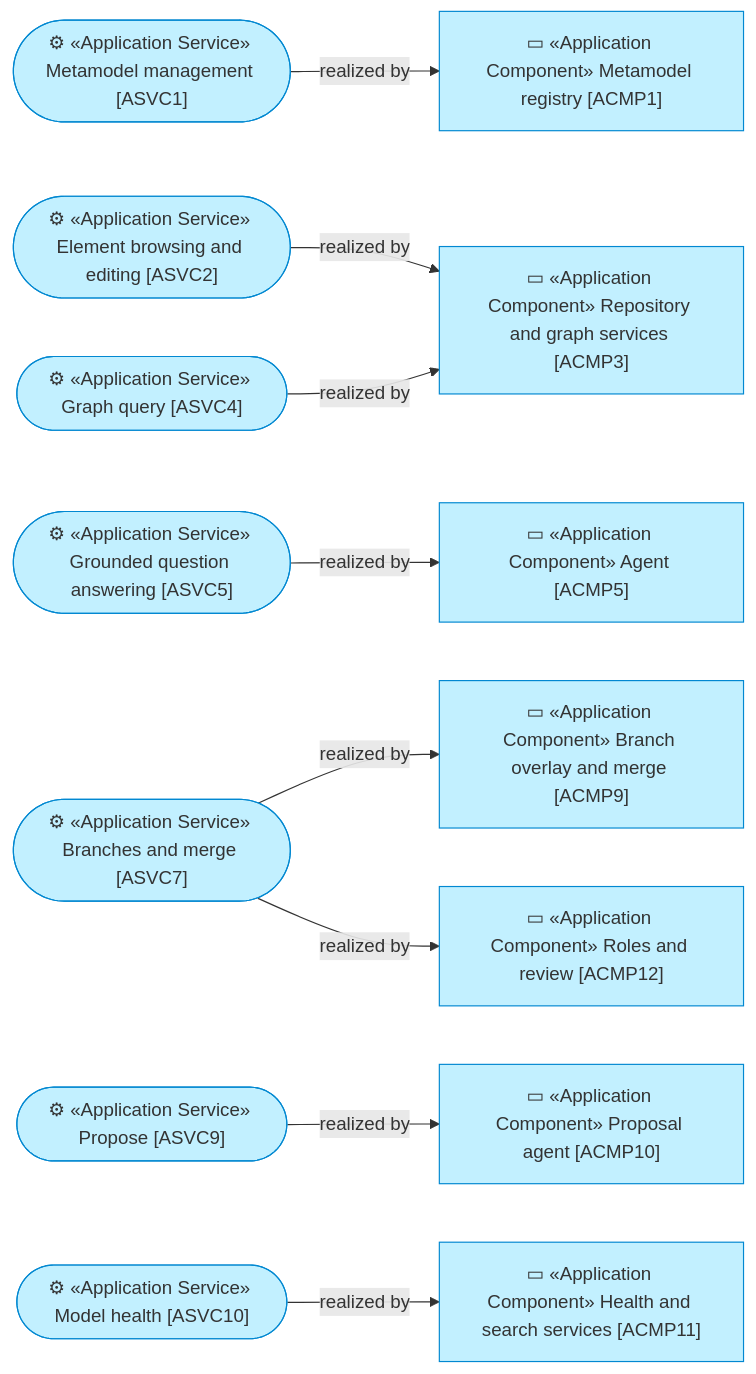
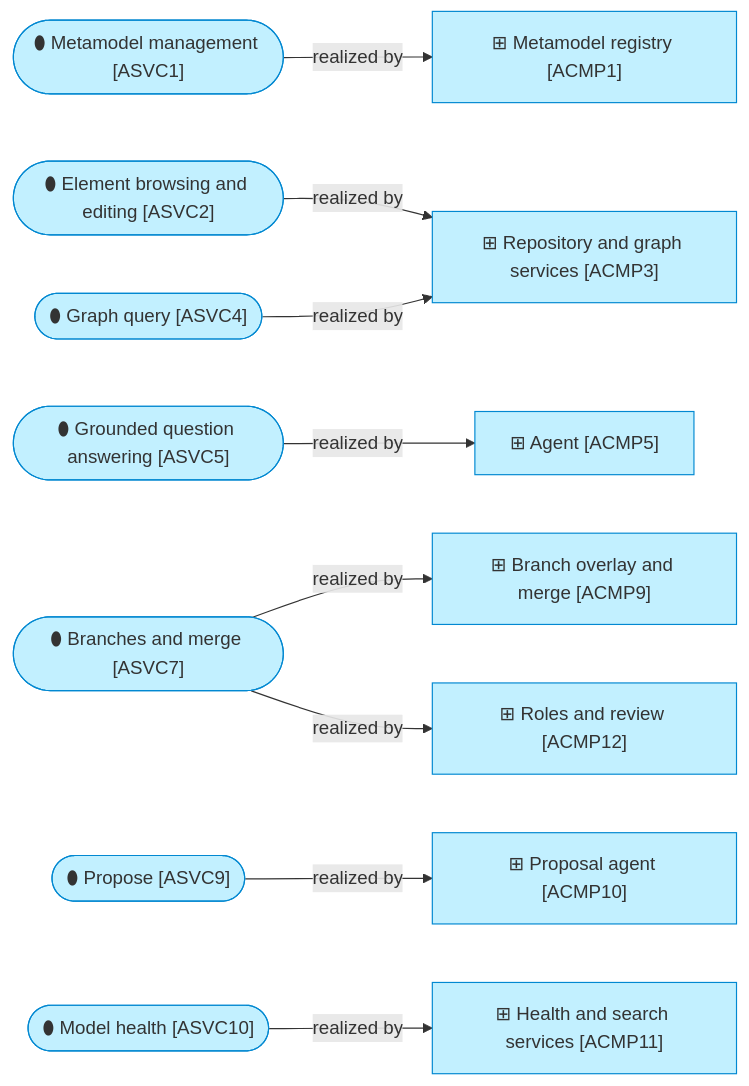
The fourth of 4 diagrams in architecture/4_application/1_application-services.md (bocanegratqut/dbx-enterprise-architecture), drawn with Mermaid before and after one commit. The commit also changed other lines of this file and 25 other files, not shown here.

````diff
--- a/architecture/4_application/1_application-services.md
+++ b/architecture/4_application/1_application-services.md
@@ -74,27 +100,27 @@
 ```mermaid
 flowchart LR
-  s1(["⚙ «Application Service» Metamodel management [ASVC1]"]):::application
-  s2(["⚙ «Application Service» Element browsing and editing [ASVC2]"]):::application
-  s4(["⚙ «Application Service» Graph query [ASVC4]"]):::application
-  s5(["⚙ «Application Service» Grounded question answering [ASVC5]"]):::application
-  s7(["⚙ «Application Service» Branches and merge [ASVC7]"]):::application
-  s9(["⚙ «Application Service» Propose [ASVC9]"]):::application
-  s10(["⚙ «Application Service» Model health [ASVC10]"]):::application
-  c1["▭ «Application Component» Metamodel registry [ACMP1]"]:::application
-  c3["▭ «Application Component» Repository and graph services [ACMP3]"]:::application
-  c5["▭ «Application Component» Agent [ACMP5]"]:::application
-  c9["▭ «Application Component» Branch overlay and merge [ACMP9]"]:::application
-  c10["▭ «Application Component» Proposal agent [ACMP10]"]:::application
-  c11["▭ «Application Component» Health and search services [ACMP11]"]:::application
-  c12["▭ «Application Component» Roles and review [ACMP12]"]:::application
+  s1(["⬮ Metamodel management [ASVC1]"]):::application
+  s2(["⬮ Element browsing and editing [ASVC2]"]):::application
+  s4(["⬮ Graph query [ASVC4]"]):::application
+  s5(["⬮ Grounded question answering [ASVC5]"]):::application
+  s7(["⬮ Branches and merge [ASVC7]"]):::application
+  s9(["⬮ Propose [ASVC9]"]):::application
+  s10(["⬮ Model health [ASVC10]"]):::application
+  c1["⊞ Metamodel registry [ACMP1]"]:::application
+  c3["⊞ Repository and graph services [ACMP3]"]:::application
+  c5["⊞ Agent [ACMP5]"]:::application
+  c9["⊞ Branch overlay and merge [ACMP9]"]:::application
+  c10["⊞ Proposal agent [ACMP10]"]:::application
+  c11["⊞ Health and search services [ACMP11]"]:::application
+  c12["⊞ Roles and review [ACMP12]"]:::application
   s1 -->|realized by| c1
   s2 -->|realized by| c3
   s4 -->|realized by| c3
   s5 -->|realized by| c5
   s7 -->|realized by| c9
   s7 -->|realized by| c12
   s9 -->|realized by| c10
   s10 -->|realized by| c11
 
   classDef application fill:#c2f0ff,stroke:#0288d1,color:#333
 ```
````
